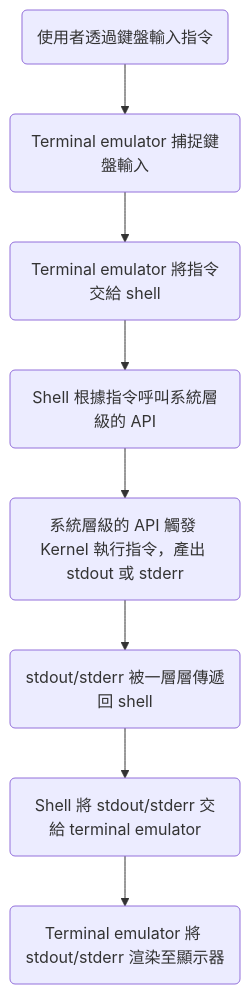
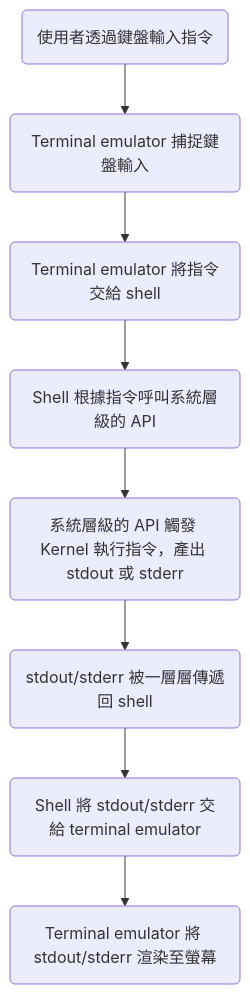
The diagram in Operating System/Shell/1 - Introduction.md (bingyangchen/KM-software), drawn with Mermaid before and after one commit. The commit also changed other lines of this file and 47 other files, not shown here.

````diff
--- a/Operating System/Shell/1 - Introduction.md
+++ b/Operating System/Shell/1 - Introduction.md
@@ -35,18 +35,18 @@
 ```mermaid
 flowchart
     id0("使用者透過鍵盤輸入指令")
     id1("Terminal emulator 捕捉鍵盤輸入")
     id2("Terminal emulator 將指令交給 shell")
     id3("Shell 根據指令呼叫系統層級的 API")
     id4("系統層級的 API 觸發 Kernel 執行指令，產出 stdout 或 stderr")
     id5("stdout/stderr 被一層層傳遞回 shell")
     id6("Shell 將 stdout/stderr 交給 terminal emulator")
-    id7("Terminal emulator 將 stdout/stderr 渲染至顯示器")
+    id7("Terminal emulator 將 stdout/stderr 渲染至螢幕")
     id0 --> id1
     id1 --> id2
     id2 --> id3
     id3 --> id4
     id4 --> id5
     id5 --> id6
     id6 --> id7
 ```
````
